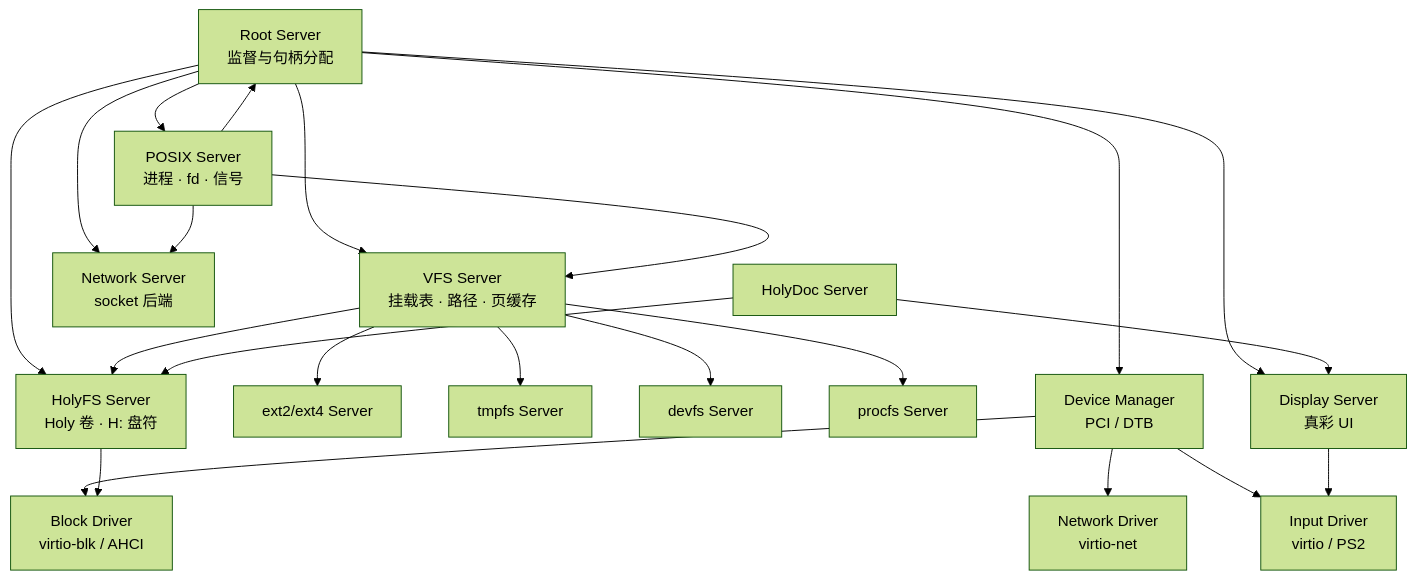
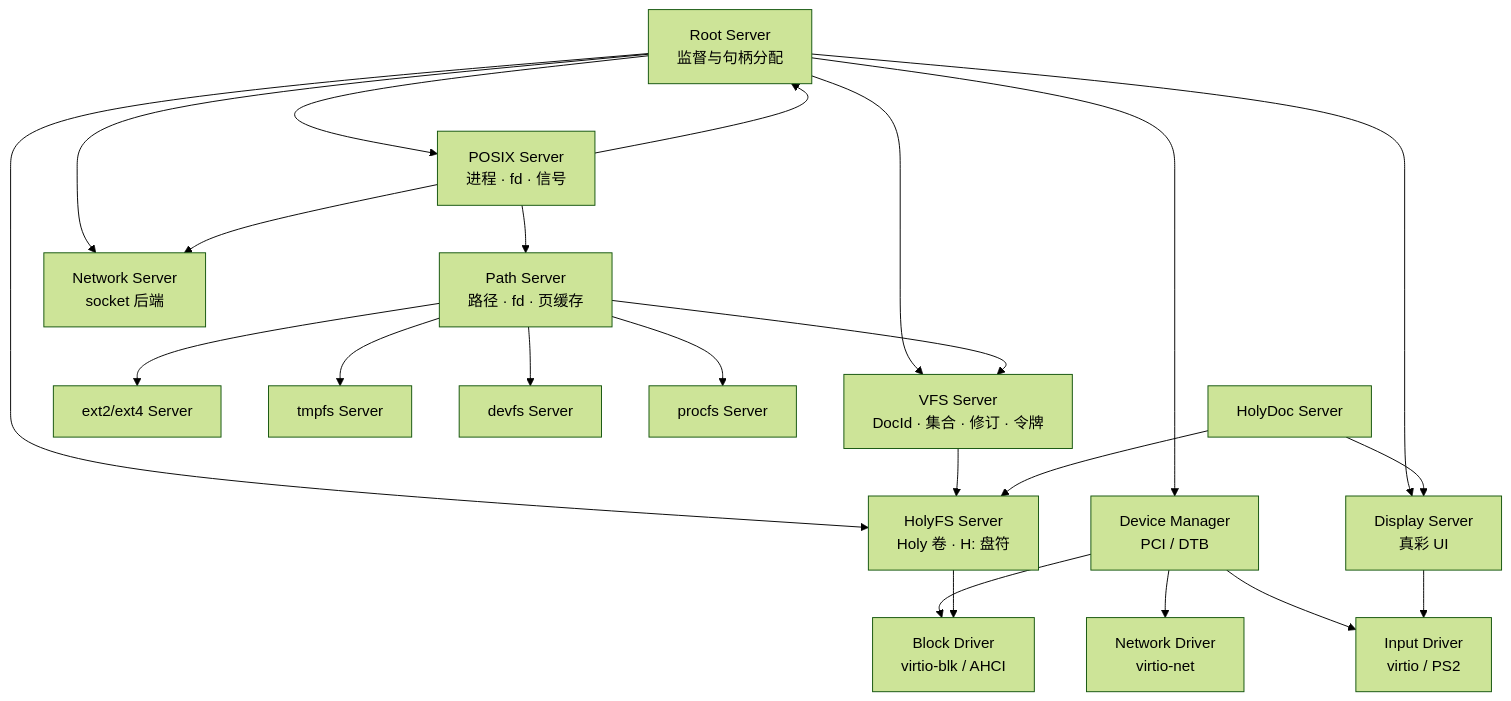
Before and after one commit to hongweifei/HolyKernel: the first of 2 diagrams in docs/servers.md, drawn with Mermaid (forest theme). The commit also changed other lines of this file and 24 other files, not shown here.

````diff
--- a/docs/servers.md
+++ b/docs/servers.md
@@ -11,40 +11,42 @@
 ```mermaid
 flowchart TB
     Root["Root Server<br/>监督与句柄分配"]
     DM["Device Manager<br/>PCI / DTB"]
     Blk["Block Driver<br/>virtio-blk / AHCI"]
     Net["Network Driver<br/>virtio-net"]
     Input["Input Driver<br/>virtio / PS2"]
-    VFS["VFS Server<br/>挂载表 · 路径 · 页缓存"]
+    VFS["VFS Server<br/>DocId · 集合 · 修订 · 令牌"]
+    Path["Path Server<br/>路径 · fd · 页缓存"]
     Ext2["ext2/ext4 Server"]
     Tmpfs["tmpfs Server"]
     Devfs["devfs Server"]
     Procfs["procfs Server"]
     POSIX["POSIX Server<br/>进程 · fd · 信号"]
     NetSrv["Network Server<br/>socket 后端"]
     HolyFS["HolyFS Server<br/>Holy 卷 · H: 盘符"]
     Display["Display Server<br/>真彩 UI"]
     HolyDoc["HolyDoc Server"]
 
     Root --> DM
     Root --> VFS
     Root --> POSIX
     Root --> NetSrv
     Root --> HolyFS
     Root --> Display
     DM --> Blk
     DM --> Net
     DM --> Input
-    VFS --> Ext2
-    VFS --> Tmpfs
-    VFS --> Devfs
-    VFS --> Procfs
+    Path --> Ext2
+    Path --> Tmpfs
+    Path --> Devfs
+    Path --> Procfs
+    Path --> VFS
     VFS --> HolyFS
     HolyFS --> Blk
-    POSIX --> VFS
+    POSIX --> Path
     POSIX --> NetSrv
     POSIX --> Root
     Display --> Input
     HolyDoc --> Display
     HolyDoc --> HolyFS
 ```
````
